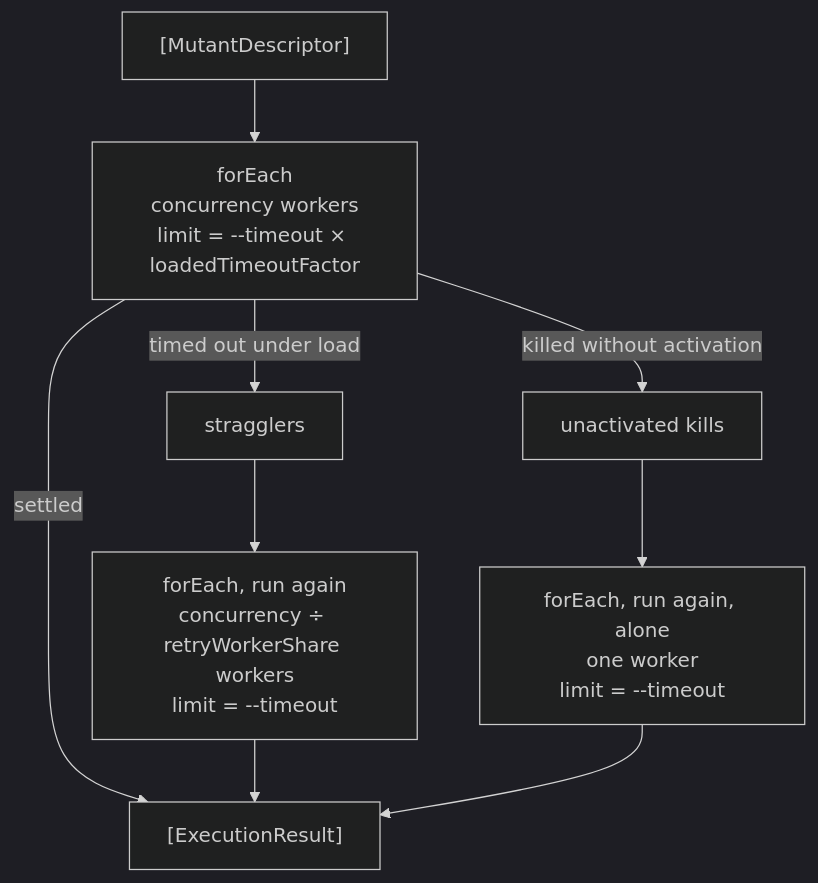
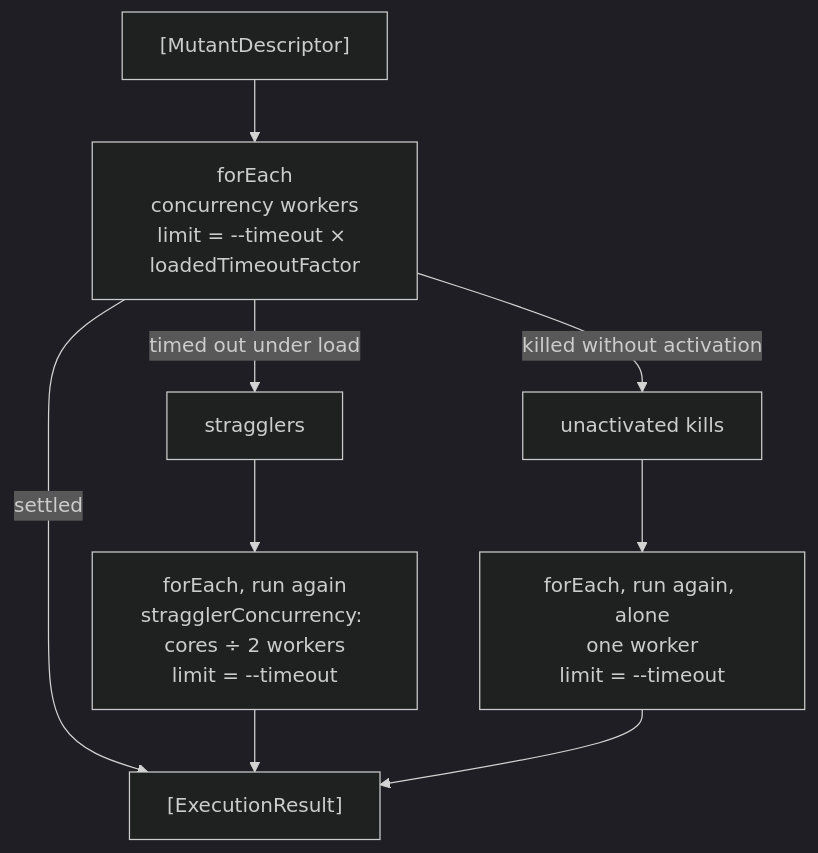
The third of 6 diagrams in Docs/CodeBase/07-execution.md (ericodx/swift-mutation-testing), drawn with Mermaid (dark theme) before and after one commit. The commit also changed other lines of this file and 3 other files, not shown here.

Commit message:
docs: describe the straggler pass sized by cores and the warm sandbox share that stayed a quarter of the workers

````diff
--- a/Docs/CodeBase/07-execution.md
+++ b/Docs/CodeBase/07-execution.md
@@ -447,11 +448,11 @@
 ```mermaid
 flowchart TD
     MUTANTS["[MutantDescriptor]"] --> GROUP["forEach<br>concurrency workers<br>limit = --timeout × loadedTimeoutFactor"]
     GROUP -- settled --> RESULTS["[ExecutionResult]"]
     GROUP -- "timed out under load" --> STRAGGLERS["stragglers"]
-    STRAGGLERS --> AGAIN["forEach, run again<br>concurrency ÷ retryWorkerShare workers<br>limit = --timeout"]
+    STRAGGLERS --> AGAIN["forEach, run again<br>stragglerConcurrency: cores ÷ 2 workers<br>limit = --timeout"]
     AGAIN --> RESULTS
     GROUP -- "killed without activation" --> UNACTIVATED["unactivated kills"]
     UNACTIVATED --> ALONE["forEach, run again, alone<br>one worker<br>limit = --timeout"]
     ALONE --> RESULTS
 ```
````
